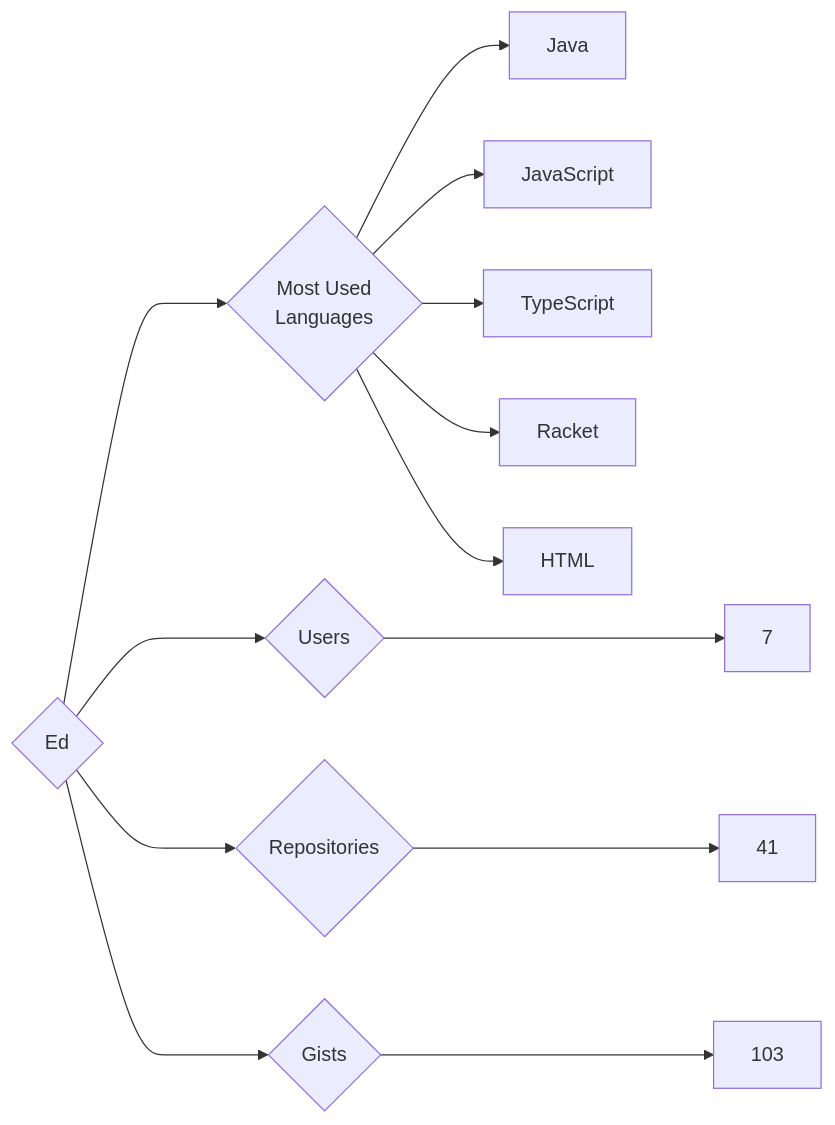
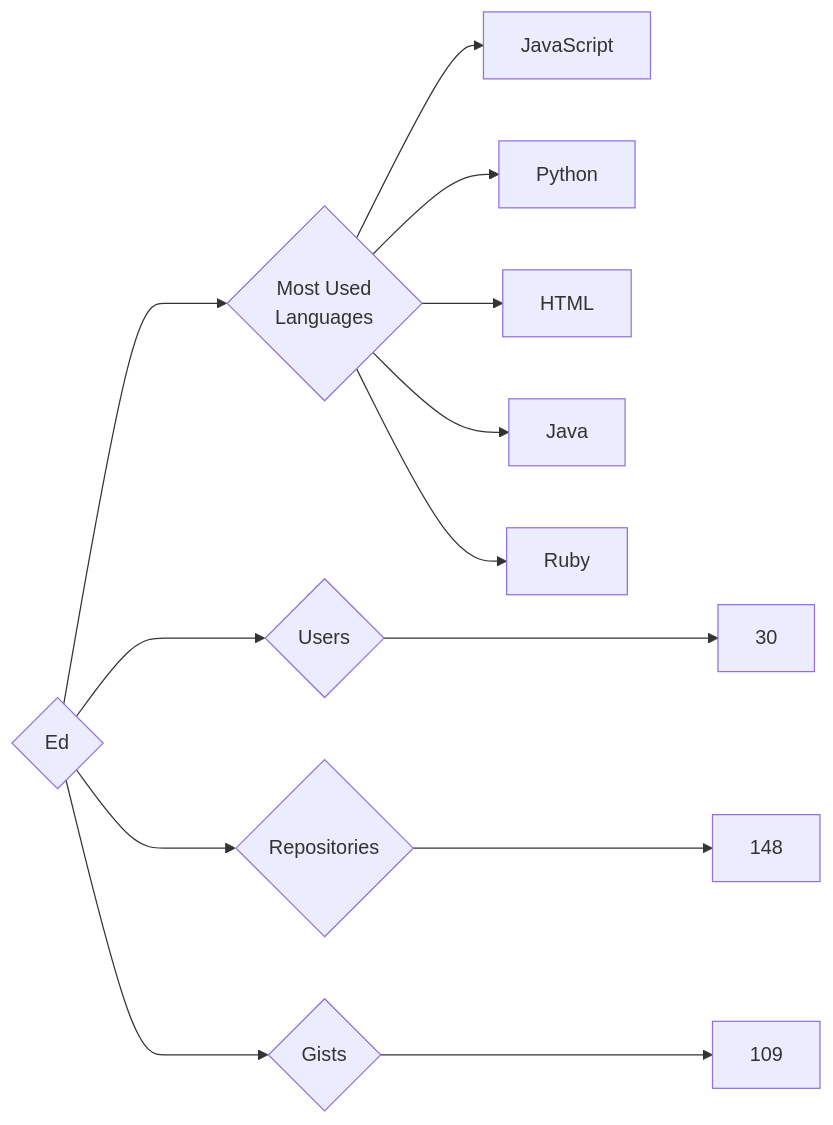
The diagram in targets/Ed/README.md (trickest/insiders), drawn with Mermaid before and after one commit. The commit also changed 782 other files, not shown here.

````diff
--- a/targets/Ed/README.md
+++ b/targets/Ed/README.md
@@ -3,13 +3,13 @@
 ```mermaid
 graph LR
 COMPANY_NAME{Ed}
-COMPANY_NAME ---> U{Users} ---> UN[7]
-COMPANY_NAME ---> R{Repositories} ---> RN[41]
-COMPANY_NAME ---> G{Gists} ---> GN[103]
+COMPANY_NAME ---> U{Users} ---> UN[30]
+COMPANY_NAME ---> R{Repositories} ---> RN[148]
+COMPANY_NAME ---> G{Gists} ---> GN[109]
 COMPANY_NAME ---> ML{Most Used<br>Languages}
+ML --> JavaScript[JavaScript]
+ML --> Python[Python]
+ML --> HTML[HTML]
 ML --> Java[Java]
-ML --> JavaScript[JavaScript]
-ML --> TypeScript[TypeScript]
-ML --> Racket[Racket]
-ML --> HTML[HTML]
+ML --> Ruby[Ruby]
 ```
````
